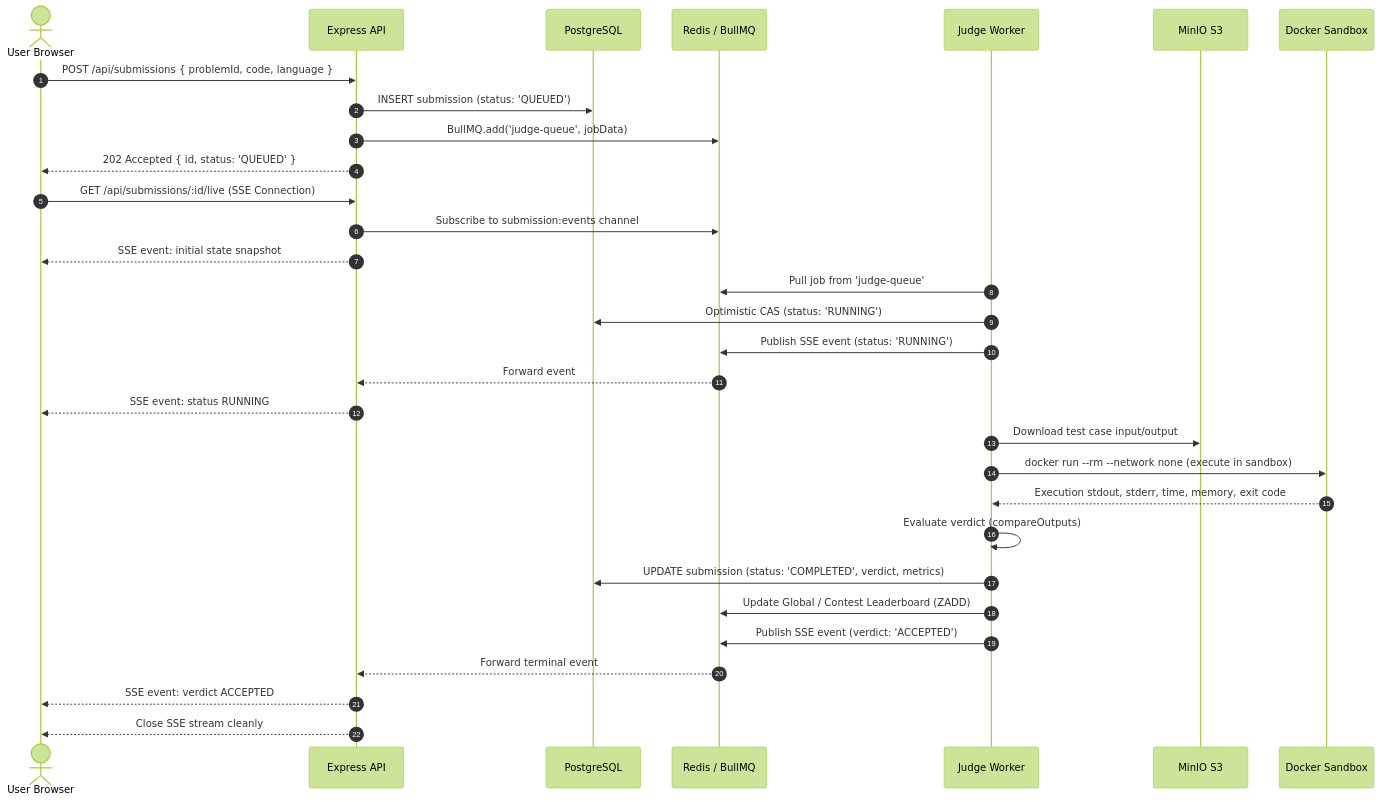
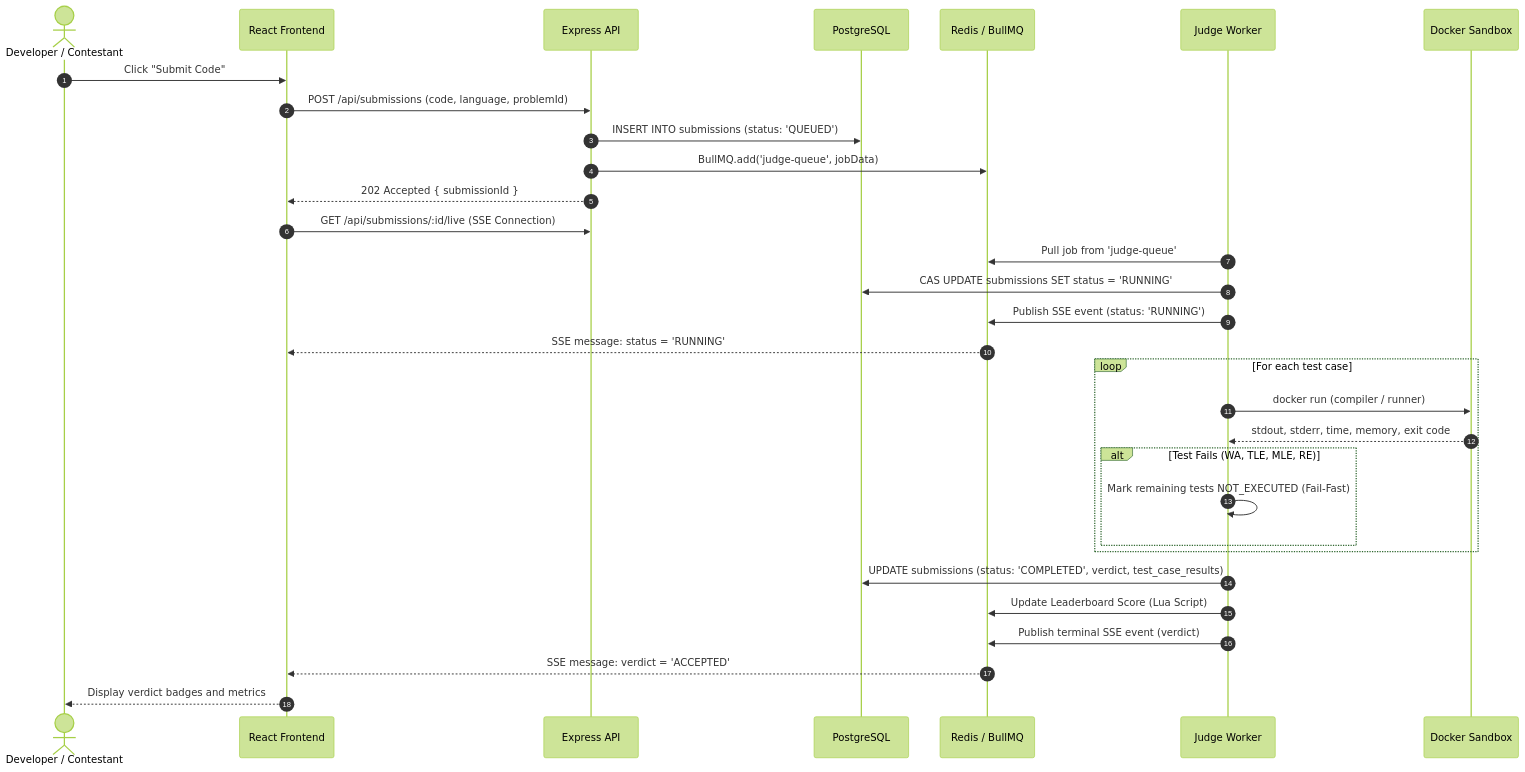
One commit to PrittyBiswas/Online-Code-Judge- changed the second of 2 diagrams in docs/architecture.md. Above: the diagram before and after it, drawn with Mermaid (forest theme). The commit also changed other lines of this file and 16 other files, not shown here.

````diff
--- a/docs/architecture.md
+++ b/docs/architecture.md
@@ -96,38 +106,37 @@
 ```mermaid
 sequenceDiagram
     autonumber
-    actor User as User Browser
+    actor User as Developer / Contestant
+    participant Browser as React Frontend
     participant API as Express API
     participant DB as PostgreSQL
     participant Redis as Redis / BullMQ
     participant Worker as Judge Worker
-    participant MinIO as MinIO S3
     participant Docker as Docker Sandbox
 
-    User->>API: POST /api/submissions { problemId, code, language }
-    API->>DB: INSERT submission (status: 'QUEUED')
+    User->>Browser: Click "Submit Code"
+    Browser->>API: POST /api/submissions (code, language, problemId)
+    API->>DB: INSERT INTO submissions (status: 'QUEUED')
     API->>Redis: BullMQ.add('judge-queue', jobData)
-    API-->>User: 202 Accepted { id, status: 'QUEUED' }
-
-    User->>API: GET /api/submissions/:id/live (SSE Connection)
-    API->>Redis: Subscribe to submission:events channel
-    API-->>User: SSE event: initial state snapshot
+    API-->>Browser: 202 Accepted { submissionId }
+    Browser->>API: GET /api/submissions/:id/live (SSE Connection)
 
     Worker->>Redis: Pull job from 'judge-queue'
-    Worker->>DB: Optimistic CAS (status: 'RUNNING')
+    Worker->>DB: CAS UPDATE submissions SET status = 'RUNNING'
     Worker->>Redis: Publish SSE event (status: 'RUNNING')
-    Redis-->>API: Forward event
-    API-->>User: SSE event: status RUNNING
+    Redis-->>Browser: SSE message: status = 'RUNNING'
 
-    Worker->>MinIO: Download test case input/output
-    Worker->>Docker: docker run --rm --network none (execute in sandbox)
-    Docker-->>Worker: Execution stdout, stderr, time, memory, exit code
-    Worker->>Worker: Evaluate verdict (compareOutputs)
+    loop For each test case
+        Worker->>Docker: docker run (compiler / runner)
+        Docker-->>Worker: stdout, stderr, time, memory, exit code
+        alt Test Fails (WA, TLE, MLE, RE)
+            Worker->>Worker: Mark remaining tests NOT_EXECUTED (Fail-Fast)
+        end
+    end
 
-    Worker->>DB: UPDATE submission (status: 'COMPLETED', verdict, metrics)
-    Worker->>Redis: Update Global / Contest Leaderboard (ZADD)
-    Worker->>Redis: Publish SSE event (verdict: 'ACCEPTED')
-    Redis-->>API: Forward terminal event
-    API-->>User: SSE event: verdict ACCEPTED
-    API-->>User: Close SSE stream cleanly
+    Worker->>DB: UPDATE submissions (status: 'COMPLETED', verdict, test_case_results)
+    Worker->>Redis: Update Leaderboard Score (Lua Script)
+    Worker->>Redis: Publish terminal SSE event (verdict)
+    Redis-->>Browser: SSE message: verdict = 'ACCEPTED'
+    Browser-->>User: Display verdict badges and metrics
 ```
````
